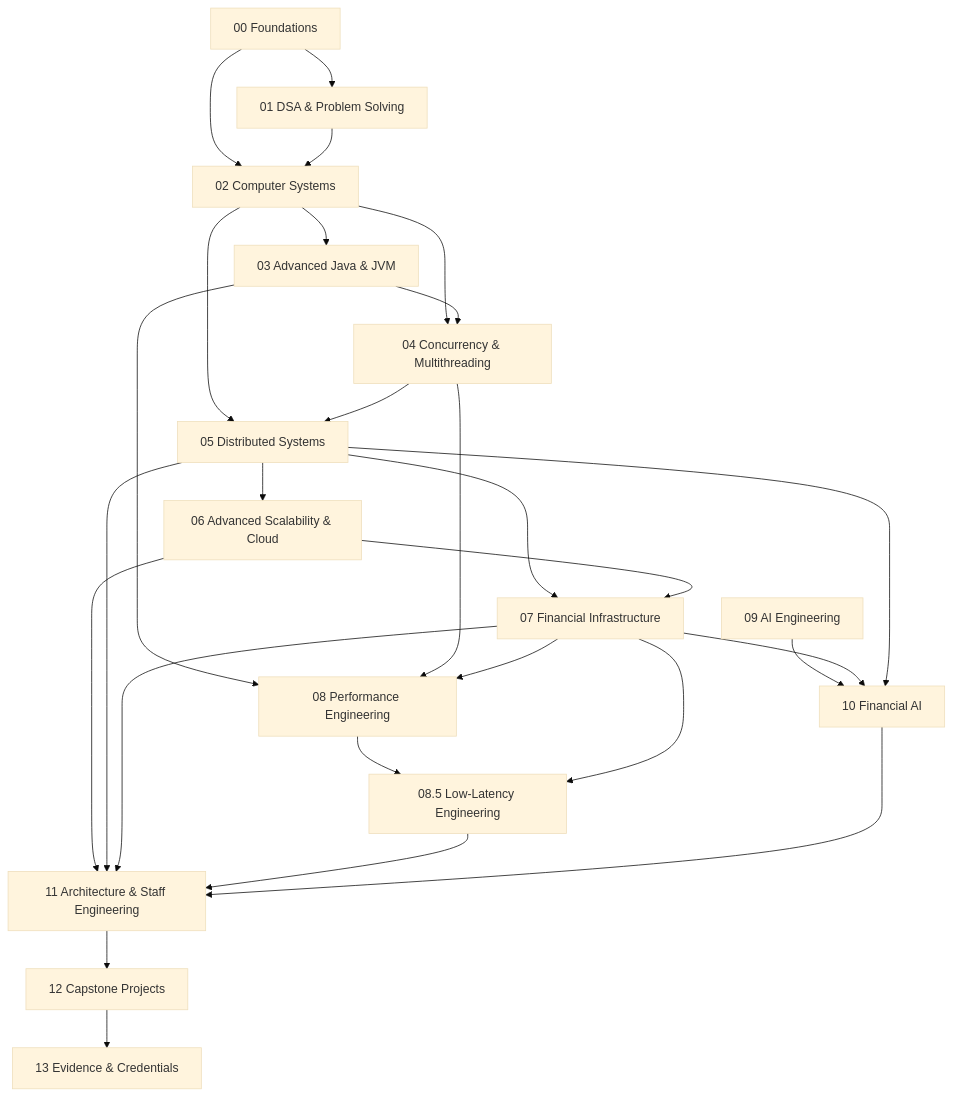
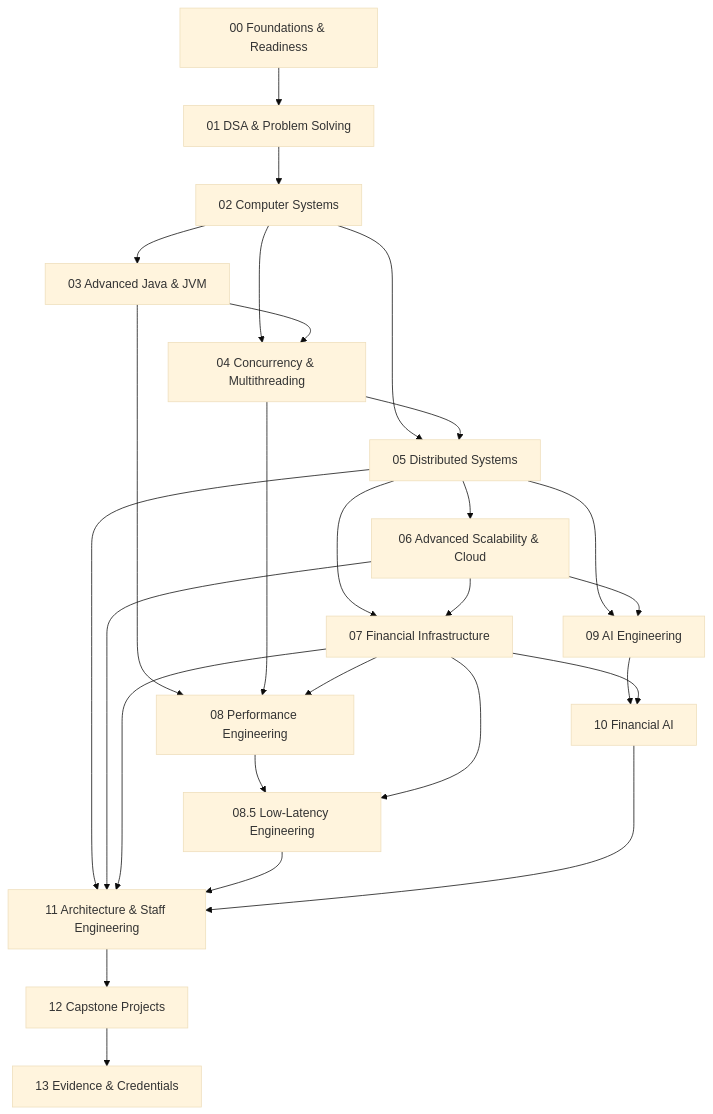
The diagram in ROADMAP.md (Geekers-Joel237/FIE-docs), drawn with Mermaid (base theme) before and after one commit. The commit also changed other lines of this file, not shown here.

````diff
--- a/ROADMAP.md
+++ b/ROADMAP.md
@@ -7,45 +24,45 @@
 ```mermaid
 flowchart TD
-    F[00 Foundations]
-    D[01 DSA & Problem Solving]
-    CS[02 Computer Systems]
-    J[03 Advanced Java & JVM]
-    C[04 Concurrency & Multithreading]
-    DS[05 Distributed Systems]
-    S[06 Advanced Scalability & Cloud]
-    FI[07 Financial Infrastructure]
-    P[08 Performance Engineering]
-    L[08.5 Low-Latency Engineering]
-    AI[09 AI Engineering]
-    FAI[10 Financial AI]
-    A[11 Architecture & Staff Engineering]
-    CP[12 Capstone Projects]
-    E[13 Evidence & Credentials]
+    T00[00 Foundations & Readiness]
+    T01[01 DSA & Problem Solving]
+    T02[02 Computer Systems]
+    T03[03 Advanced Java & JVM]
+    T04[04 Concurrency & Multithreading]
+    T05[05 Distributed Systems]
+    T06[06 Advanced Scalability & Cloud]
+    T07[07 Financial Infrastructure]
+    T08[08 Performance Engineering]
+    T085[08.5 Low-Latency Engineering]
+    T09[09 AI Engineering]
+    T10[10 Financial AI]
+    T11[11 Architecture & Staff Engineering]
+    T12[12 Capstone Projects]
+    T13[13 Evidence & Credentials]
 
-    F --> D
-    F --> CS
-    D --> CS
-    CS --> J
-    CS --> C
-    J --> C
-    CS --> DS
-    C --> DS
-    DS --> S
-    J --> P
-    C --> P
-    P --> L
-    DS --> FI
-    S --> FI
-    FI --> P
-    FI --> L
-    AI --> FAI
-    FI --> FAI
-    DS --> FAI
-    S --> A
-    DS --> A
-    FI --> A
-    L --> A
-    FAI --> A
-    A --> CP
-    CP --> E
+    T00 --> T01
+    T01 --> T02
+    T02 --> T03
+    T02 --> T04
+    T03 --> T04
+    T02 --> T05
+    T04 --> T05
+    T05 --> T06
+    T03 --> T08
+    T04 --> T08
+    T08 --> T085
+    T05 --> T07
+    T06 --> T07
+    T07 --> T08
+    T07 --> T085
+    T05 --> T09
+    T06 --> T09
+    T09 --> T10
+    T07 --> T10
+    T05 --> T11
+    T06 --> T11
+    T07 --> T11
+    T085 --> T11
+    T10 --> T11
+    T11 --> T12
+    T12 --> T13
 ```
````
